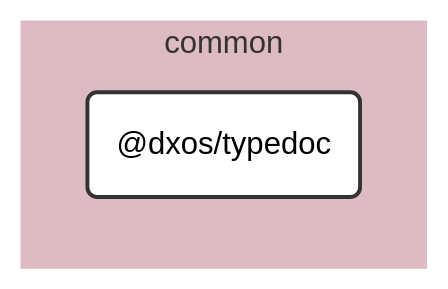
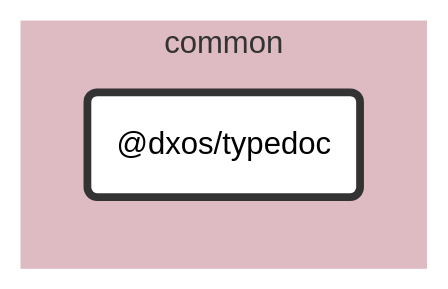
Before and after one commit to dxos/dxos: the diagram in packages/common/typedoc/docs/README.md, drawn with Mermaid (neutral theme). The commit also changed 683 other files, not shown here.

````diff
--- a/packages/common/typedoc/docs/README.md
+++ b/packages/common/typedoc/docs/README.md
@@ -7,25 +7,20 @@
 ```mermaid
 %%{ init: {'flowchart':{'curve':'basis'}} }%%
 
 flowchart LR
 
-%% Links
+%% Classes
+classDef def fill:#fff,stroke:#333,stroke-width:1px
+classDef root fill:#fff,stroke:#333,stroke-width:4px
 
-%% Sections
-subgraph common
-  style common fill:#debac2,stroke:#fff;
+%% Nodes
 
-  dxos/typedoc("@dxos/typedoc")
+subgraph common [common]
+  style common fill:#debac2,stroke:#fff
+  dxos/typedoc("@dxos/typedoc"):::root
+  click dxos/typedoc "dxos/dxos/tree/main/packages/common/typedoc/docs"
 end
 
-
-%% Hyperlinks
-
-%% Styles
-classDef rootNode fill:#fff,stroke:#333,stroke-width:2px
-classDef defaultNode fill:#fff,stroke:#333,stroke-width:1px
+%% Links
 linkStyle default stroke:#333,stroke-width:1px
-
-dxos/typedoc:::rootNode
-
 ```
````
